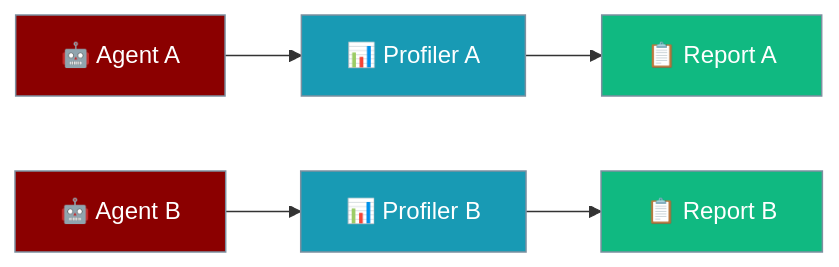
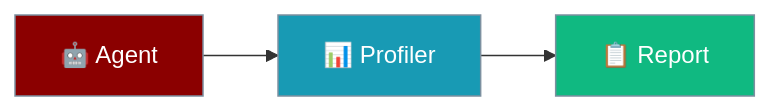
The diagram in docs/features/profiler.mdx (MervinPraison/PraisonAIDocs), drawn with Mermaid before and after one commit. The commit also changed other lines of this file and 1 other file, not shown here.

First line of the commit message:
fix(docs): correct profiler public API and add missing imports in proactive-delivery

````diff
--- a/docs/features/profiler.mdx
+++ b/docs/features/profiler.mdx
@@ -23,15 +20,13 @@
 ```mermaid
 graph LR
-    A[🤖 Agent A] --> PA[📊 Profiler A]
-    B[🤖 Agent B] --> PB[📊 Profiler B]
-    PA --> RA[📋 Report A]
-    PB --> RB[📋 Report B]
+    A[🤖 Agent] --> PA[📊 Profiler]
+    PA --> RA[📋 Report]
 
     classDef agent fill:#8B0000,stroke:#7C90A0,color:#fff
     classDef profiler fill:#189AB4,stroke:#7C90A0,color:#fff
     classDef output fill:#10B981,stroke:#7C90A0,color:#fff
 
-    class A,B agent
-    class PA,PB profiler
-    class RA,RB output
+    class A agent
+    class PA profiler
+    class RA output
 ```
````
